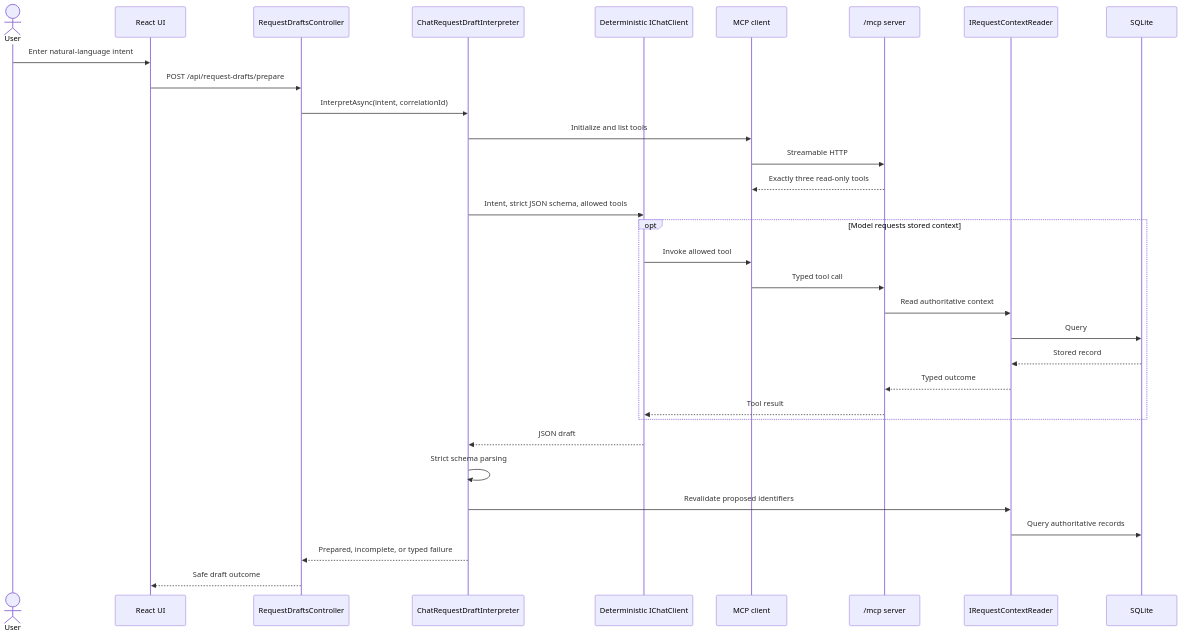
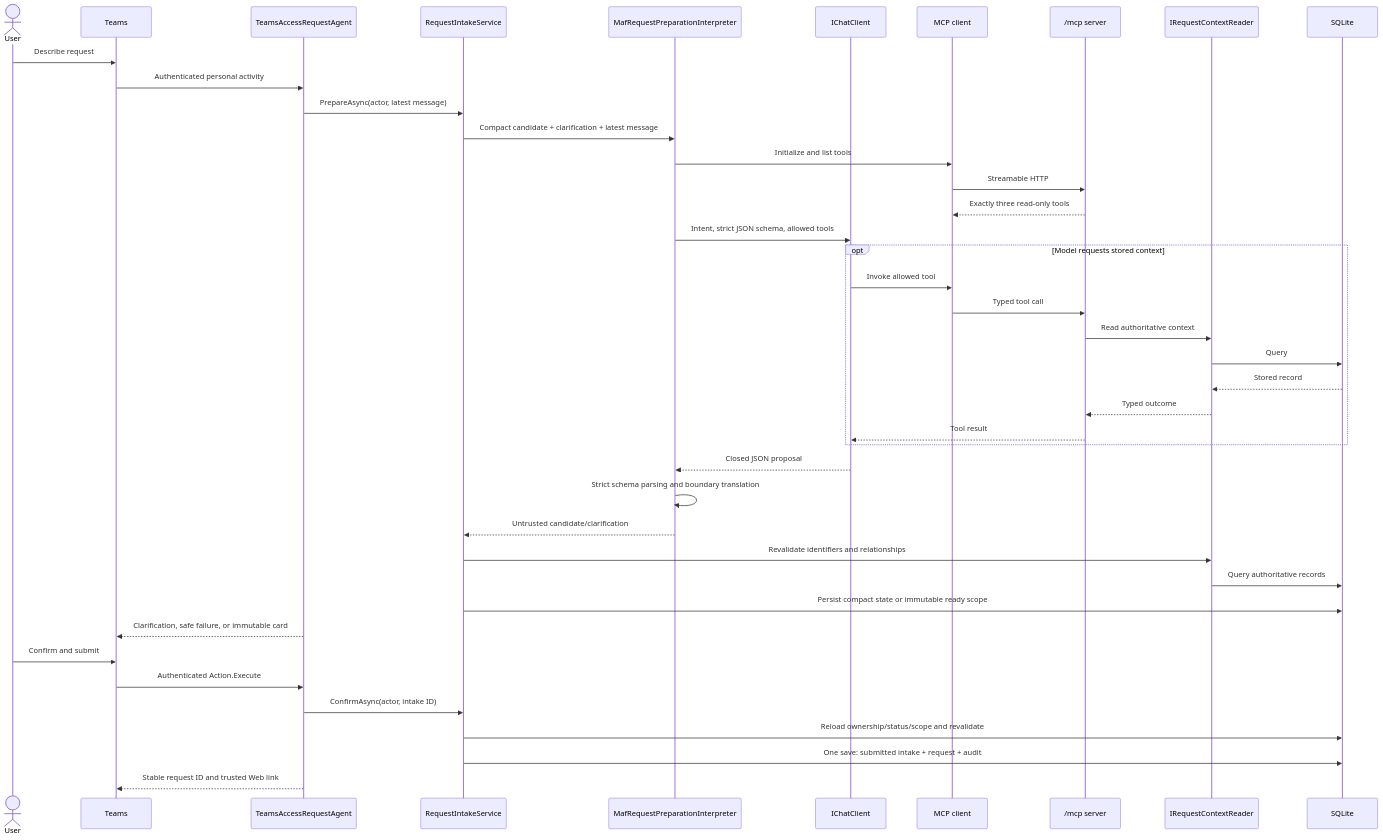
The third of 4 diagrams in docs/architecture.md (mariusz-kacz/production-access-request-assistant), drawn with Mermaid before and after one commit. The commit also changed other lines of this file and 45 other files, not shown here.

Commit message:
Remove possibility to create access request via website

````diff
--- a/docs/architecture.md
+++ b/docs/architecture.md
@@ -181,35 +190,44 @@
 ```mermaid
 sequenceDiagram
     actor User
-    participant UI as React UI
-    participant API as RequestDraftsController
-    participant Draft as ChatRequestDraftInterpreter
-    participant Chat as Deterministic IChatClient
+    participant Teams
+    participant Agent as TeamsAccessRequestAgent
+    participant Intake as RequestIntakeService
+    participant Draft as MafRequestPreparationInterpreter
+    participant Chat as IChatClient
     participant McpClient as MCP client
     participant McpServer as /mcp server
     participant Context as IRequestContextReader
     participant DB as SQLite
 
-    User->>UI: Enter natural-language intent
-    UI->>API: POST /api/request-drafts/prepare
-    API->>Draft: InterpretAsync(intent, correlationId)
+    User->>Teams: Describe request
+    Teams->>Agent: Authenticated personal activity
+    Agent->>Intake: PrepareAsync(actor, latest message)
+    Intake->>Draft: Compact candidate + clarification + latest message
     Draft->>McpClient: Initialize and list tools
     McpClient->>McpServer: Streamable HTTP
     McpServer-->>McpClient: Exactly three read-only tools
     Draft->>Chat: Intent, strict JSON schema, allowed tools
     opt Model requests stored context
         Chat->>McpClient: Invoke allowed tool
         McpClient->>McpServer: Typed tool call
         McpServer->>Context: Read authoritative context
         Context->>DB: Query
         DB-->>Context: Stored record
         Context-->>McpServer: Typed outcome
         McpServer-->>Chat: Tool result
     end
-    Chat-->>Draft: JSON draft
-    Draft->>Draft: Strict schema parsing
-    Draft->>Context: Revalidate proposed identifiers
+    Chat-->>Draft: Closed JSON proposal
+    Draft->>Draft: Strict schema parsing and boundary translation
+    Draft-->>Intake: Untrusted candidate/clarification
+    Intake->>Context: Revalidate identifiers and relationships
     Context->>DB: Query authoritative records
-    Draft-->>API: Prepared, incomplete, or typed failure
-    API-->>UI: Safe draft outcome
+    Intake->>DB: Persist compact state or immutable ready scope
+    Agent-->>Teams: Clarification, safe failure, or immutable card
+    User->>Teams: Confirm and submit
+    Teams->>Agent: Authenticated Action.Execute
+    Agent->>Intake: ConfirmAsync(actor, intake ID)
+    Intake->>DB: Reload ownership/status/scope and revalidate
+    Intake->>DB: One save: submitted intake + request + audit
+    Agent-->>Teams: Stable request ID and trusted Web link
 ```
````
